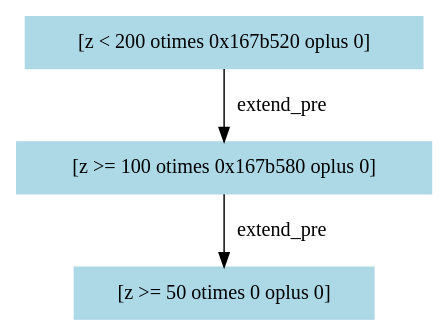
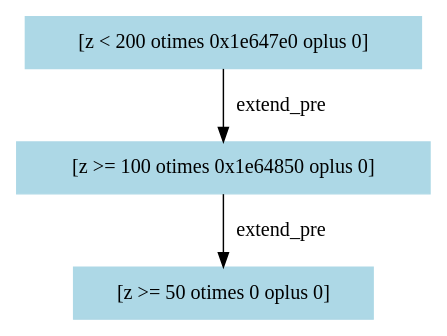
The diagram in outputs/weights-graphs/11.dot (RangerBu/st-checker), drawn with Graphviz before and after one commit. The commit also changed 64 other files, not shown here.

```diff
--- a/outputs/weights-graphs/11.dot
+++ b/outputs/weights-graphs/11.dot
@@ -1,7 +1,7 @@
 digraph "[x := x - 3]" {
-"0x167b2b0" [label="[z < 200 otimes 0x167b520 oplus 0]", color=lightblue,style=filled,shape=box]
-"0x167b2b0" -> "0x167b520" [label=extend_pre,color=black]
-"0x167b520" [label="[z >= 100 otimes 0x167b580 oplus 0]", color=lightblue,style=filled,shape=box]
-"0x167b520" -> "0x167b580" [label=extend_pre,color=black]
-"0x167b580" [label="[z >= 50 otimes 0 oplus 0]", color=lightblue,style=filled,shape=box]
+"0x1e64560" [label="[z < 200 otimes 0x1e647e0 oplus 0]", color=lightblue,style=filled,shape=box]
+"0x1e64560" -> "0x1e647e0" [label=extend_pre,color=black]
+"0x1e647e0" [label="[z >= 100 otimes 0x1e64850 oplus 0]", color=lightblue,style=filled,shape=box]
+"0x1e647e0" -> "0x1e64850" [label=extend_pre,color=black]
+"0x1e64850" [label="[z >= 50 otimes 0 oplus 0]", color=lightblue,style=filled,shape=box]
 }
```
